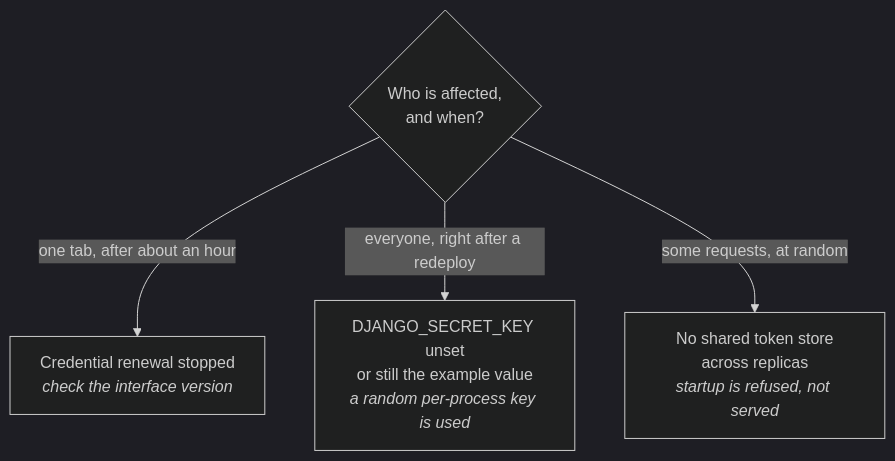
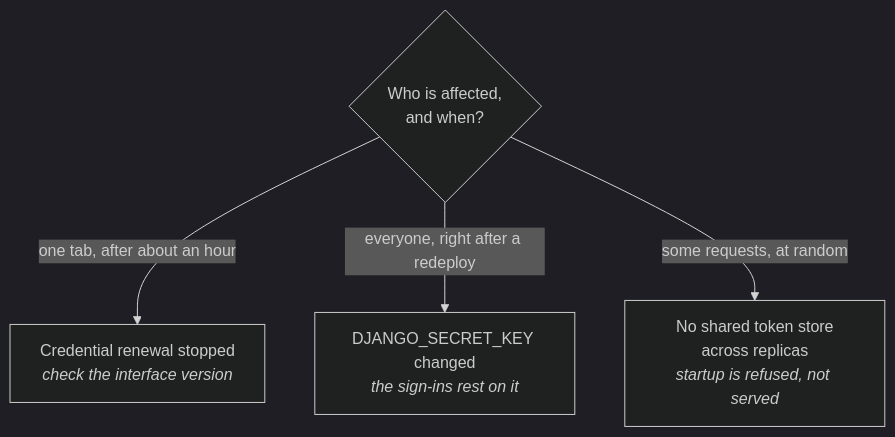
Before and after one commit to ExcellenceCloudGmbH/lex-app: the diagram in docs/ship-and-operate/troubleshooting.md, drawn with Mermaid (dark theme). The commit also changed other lines of this file and 87 other files, not shown here.

````diff
--- a/docs/ship-and-operate/troubleshooting.md
+++ b/docs/ship-and-operate/troubleshooting.md
@@ -10,7 +10,7 @@
 ```mermaid
 flowchart TB
     A{"Who is affected,<br/>and when?"}
     A -->|"one tab, after about an hour"| B["Credential renewal stopped<br/><i>check the interface version</i>"]
-    A -->|"everyone, right after a redeploy"| C["DJANGO_SECRET_KEY unset<br/>or still the example value<br/><i>a random per-process key is used</i>"]
+    A -->|"everyone, right after a redeploy"| C["DJANGO_SECRET_KEY changed<br/><i>the sign-ins rest on it</i>"]
     A -->|"some requests, at random"| D["No shared token store<br/>across replicas<br/><i>startup is refused, not served</i>"]
 ```
````
